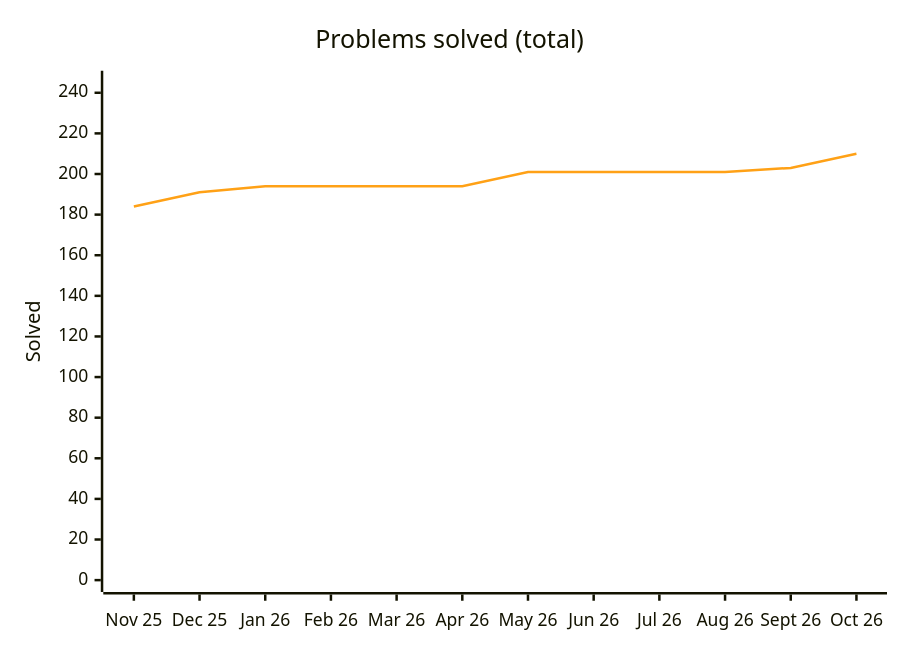
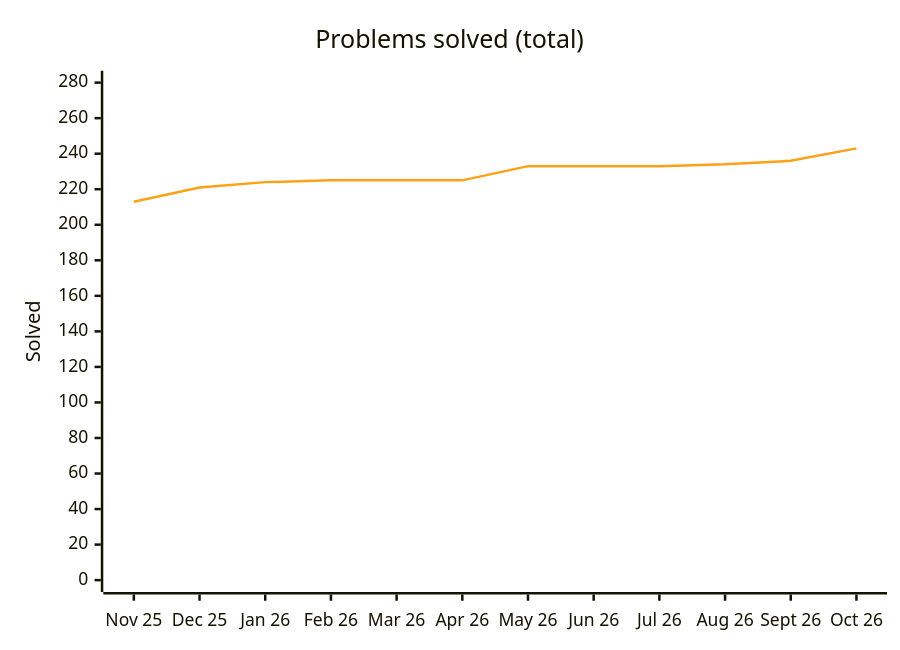
The diagram in README.md (samy-D5/Leetcode), drawn with Mermaid before and after one commit. The commit also changed other lines of this file and 34 other files, not shown here.

````diff
--- a/README.md
+++ b/README.md
@@ -42,8 +42,8 @@
 ```mermaid
 %%{init: {"themeVariables": {"xyChart": {"plotColorPalette": "#ffa116"}}}}%%
 xychart-beta
     title "Problems solved (total)"
     x-axis ["Nov 25", "Dec 25", "Jan 26", "Feb 26", "Mar 26", "Apr 26", "May 26", "Jun 26", "Jul 26", "Aug 26", "Sept 26", "Oct 26"]
-    y-axis "Solved" 0 --> 245
-    line [184, 191, 194, 194, 194, 194, 201, 201, 201, 201, 203, 210]
+    y-axis "Solved" 0 --> 280
+    line [213, 221, 224, 225, 225, 225, 233, 233, 233, 234, 236, 243]
 ```
````
